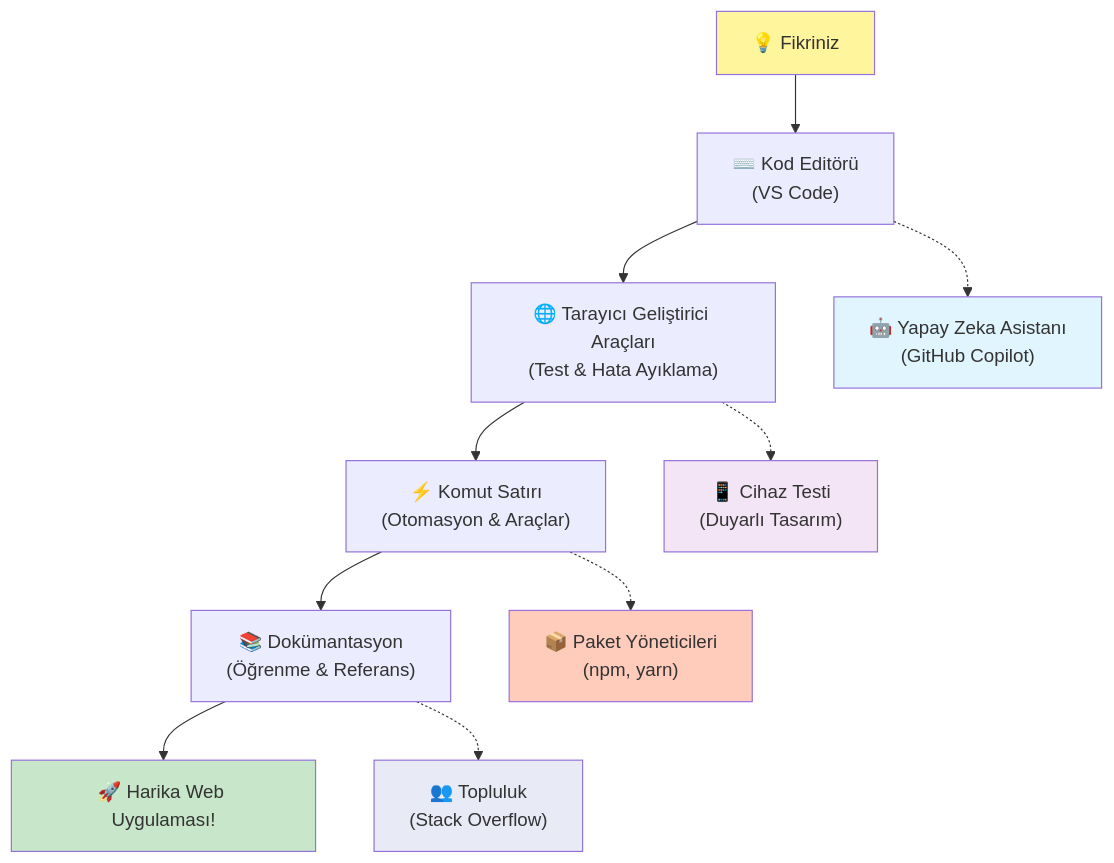
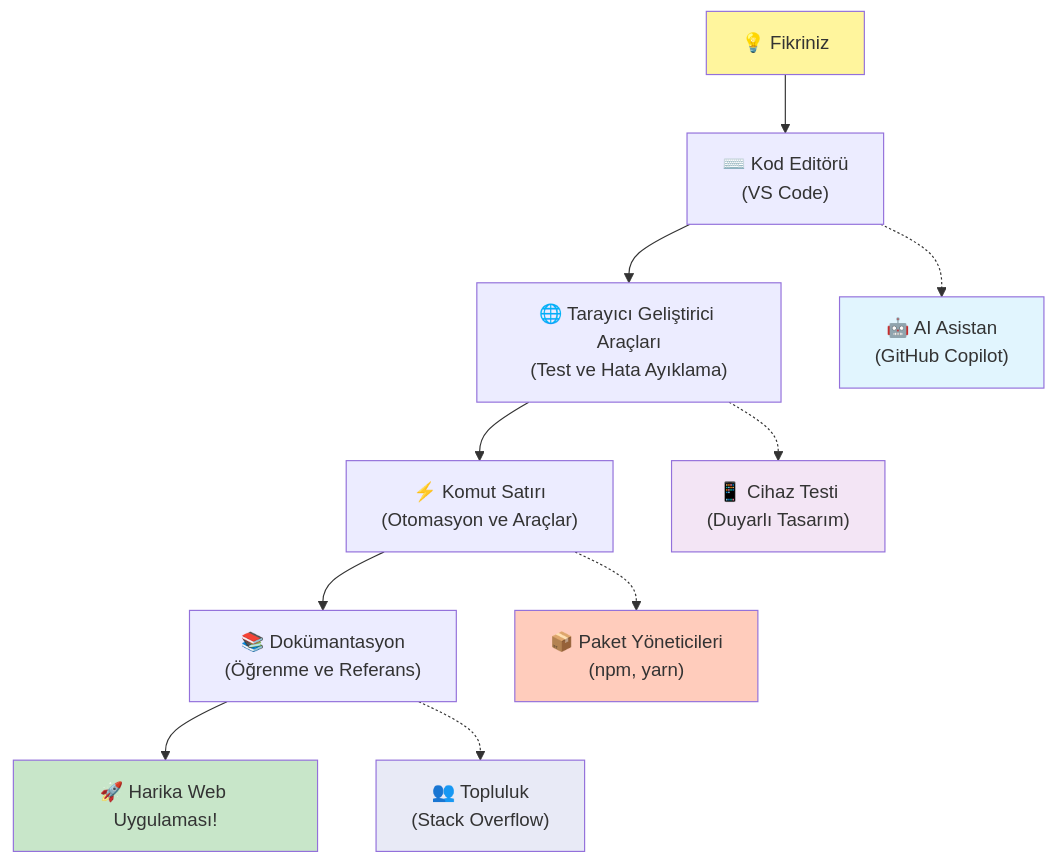
One commit to microsoft/Web-Dev-For-Beginners changed the fifth of 7 diagrams in translations/tr/1-getting-started-lessons/1-intro-to-programming-languages/README.md. Above: the diagram before and after it, drawn with Mermaid. The commit also changed other lines of this file and 8 other files, not shown here.

````diff
--- a/translations/tr/1-getting-started-lessons/1-intro-to-programming-languages/README.md
+++ b/translations/tr/1-getting-started-lessons/1-intro-to-programming-languages/README.md
@@ -488,20 +487,20 @@
 ```mermaid
 graph TD
     A["💡 Fikriniz"] --> B["⌨️ Kod Editörü<br/>(VS Code)"] 
-    B --> C["🌐 Tarayıcı Geliştirici Araçları<br/>(Test & Hata Ayıklama)"]
-    C --> D["⚡ Komut Satırı<br/>(Otomasyon & Araçlar)"]
-    D --> E["📚 Dokümantasyon<br/>(Öğrenme & Referans)"]
+    B --> C["🌐 Tarayıcı Geliştirici Araçları<br/>(Test ve Hata Ayıklama)"]
+    C --> D["⚡ Komut Satırı<br/>(Otomasyon ve Araçlar)"]
+    D --> E["📚 Dokümantasyon<br/>(Öğrenme ve Referans)"]
     E --> F["🚀 Harika Web Uygulaması!"]
     
-    B -.-> G["🤖 Yapay Zeka Asistanı<br/>(GitHub Copilot)"]
+    B -.-> G["🤖 AI Asistan<br/>(GitHub Copilot)"]
     C -.-> H["📱 Cihaz Testi<br/>(Duyarlı Tasarım)"]
     D -.-> I["📦 Paket Yöneticileri<br/>(npm, yarn)"]
     E -.-> J["👥 Topluluk<br/>(Stack Overflow)"]
     
     style A fill:#fff59d
     style F fill:#c8e6c9
     style G fill:#e1f5fe
     style H fill:#f3e5f5
     style I fill:#ffccbc
     style J fill:#e8eaf6
-```
+```  
````
